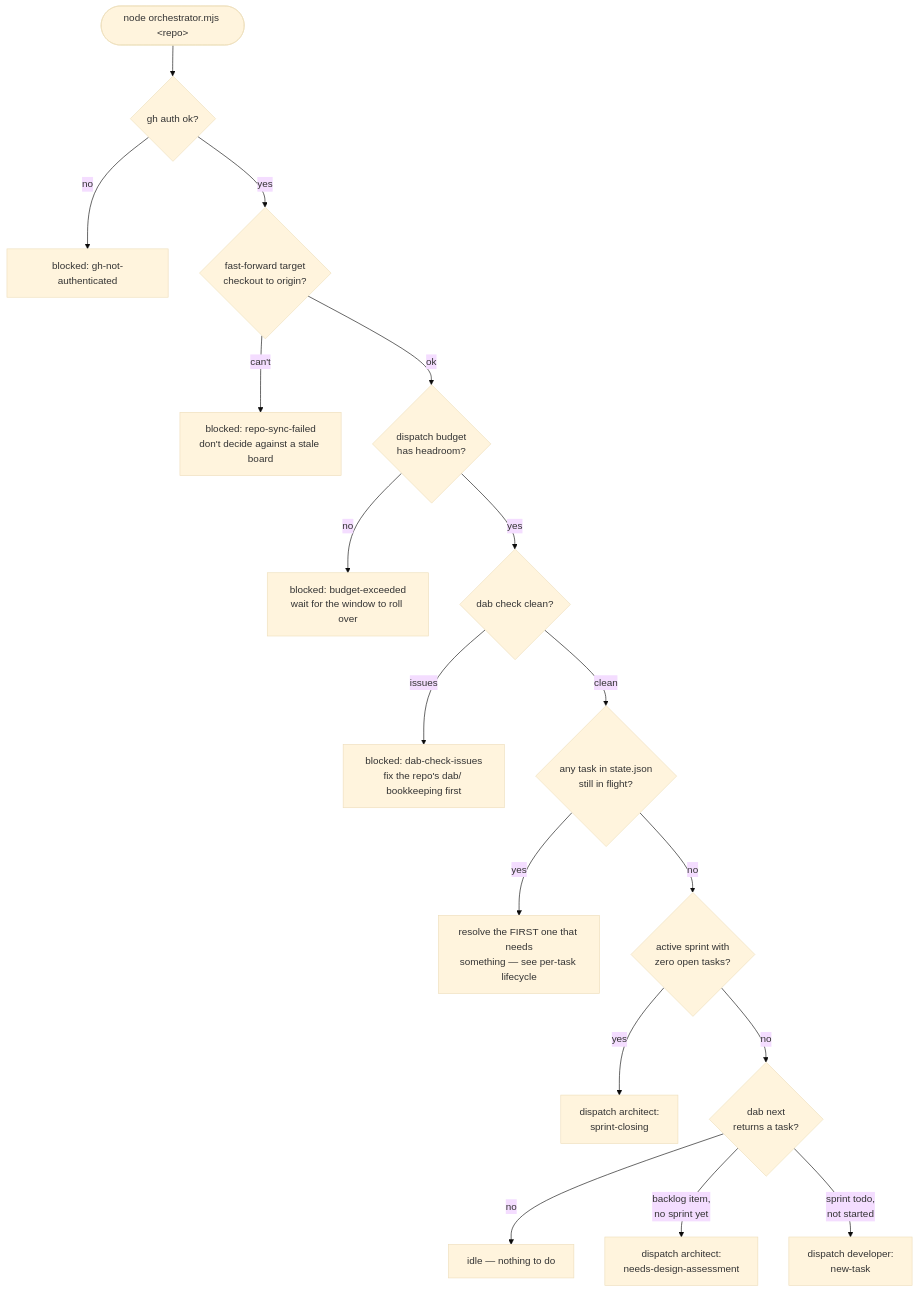
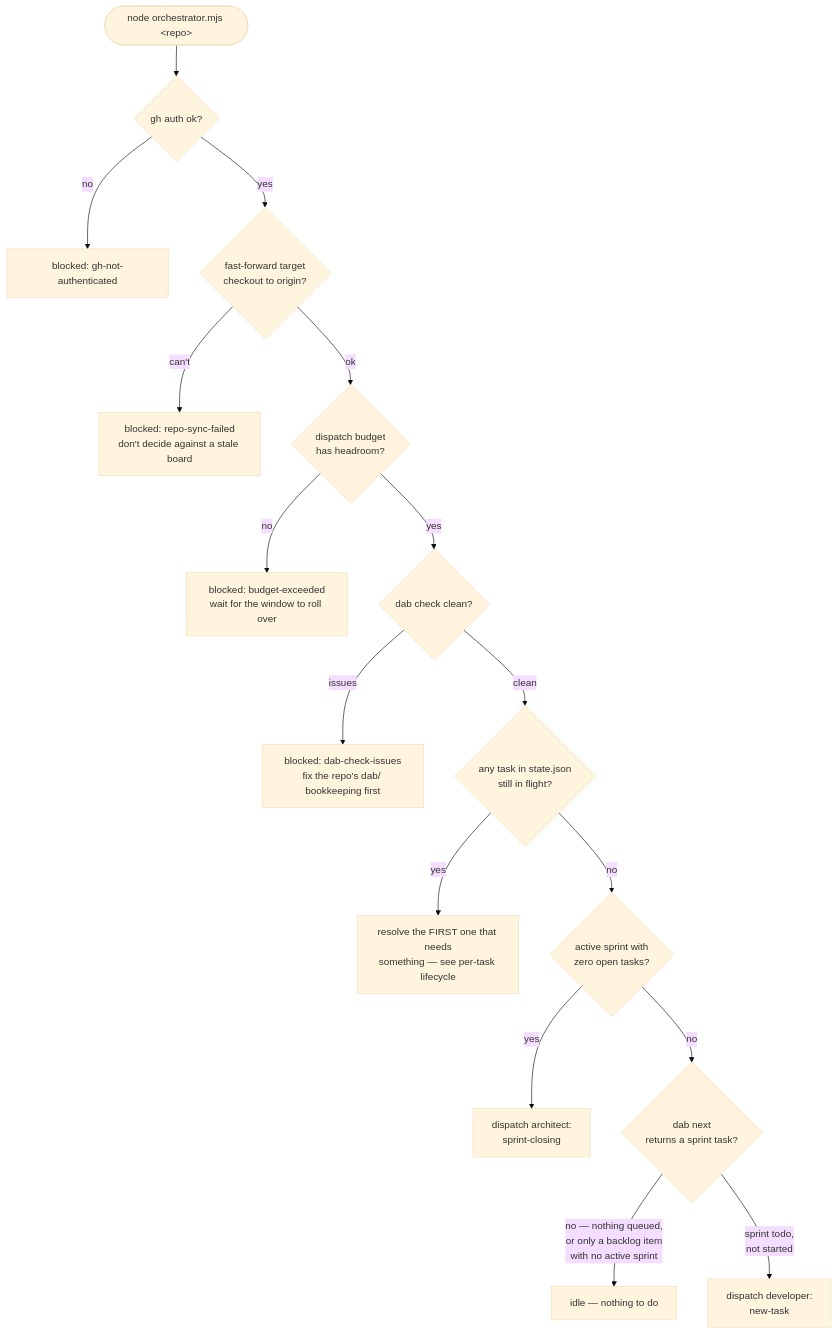
The first of 2 diagrams in docs/architecture/STATE_MACHINE.md (lszantho/factory), drawn with Mermaid (base theme) before and after one commit. The commit also changed other lines of this file and 2 other files, not shown here.

````diff
--- a/docs/architecture/STATE_MACHINE.md
+++ b/docs/architecture/STATE_MACHINE.md
@@ -13,19 +13,18 @@
 ```mermaid
 flowchart TD
     Start(["node orchestrator.mjs &lt;repo&gt;"]) --> A{gh auth ok?}
     A -- no --> BlockedAuth["blocked: gh-not-authenticated"]
     A -- yes --> S{fast-forward target<br/>checkout to origin?}
     S -- can't --> BlockedSync["blocked: repo-sync-failed<br/>don't decide against a stale board"]
     S -- ok --> B{dispatch budget<br/>has headroom?}
     B -- no --> BlockedBudget["blocked: budget-exceeded<br/>wait for the window to roll over"]
     B -- yes --> C{dab check clean?}
     C -- issues --> BlockedCheck["blocked: dab-check-issues<br/>fix the repo's dab/ bookkeeping first"]
     C -- clean --> D{any task in state.json<br/>still in flight?}
     D -- yes --> E["resolve the FIRST one that needs<br/>something — see per-task lifecycle"]
     D -- no --> F{active sprint with<br/>zero open tasks?}
     F -- yes --> G["dispatch architect:<br/>sprint-closing"]
-    F -- no --> H{dab next<br/>returns a task?}
-    H -- no --> Idle["idle — nothing to do"]
-    H -- "backlog item,<br/>no sprint yet" --> I["dispatch architect:<br/>needs-design-assessment"]
+    F -- no --> H{dab next<br/>returns a sprint task?}
+    H -- "no — nothing queued,<br/>or only a backlog item<br/>with no active sprint" --> Idle["idle — nothing to do"]
     H -- "sprint todo,<br/>not started" --> J["dispatch developer:<br/>new-task"]
 ```
````
